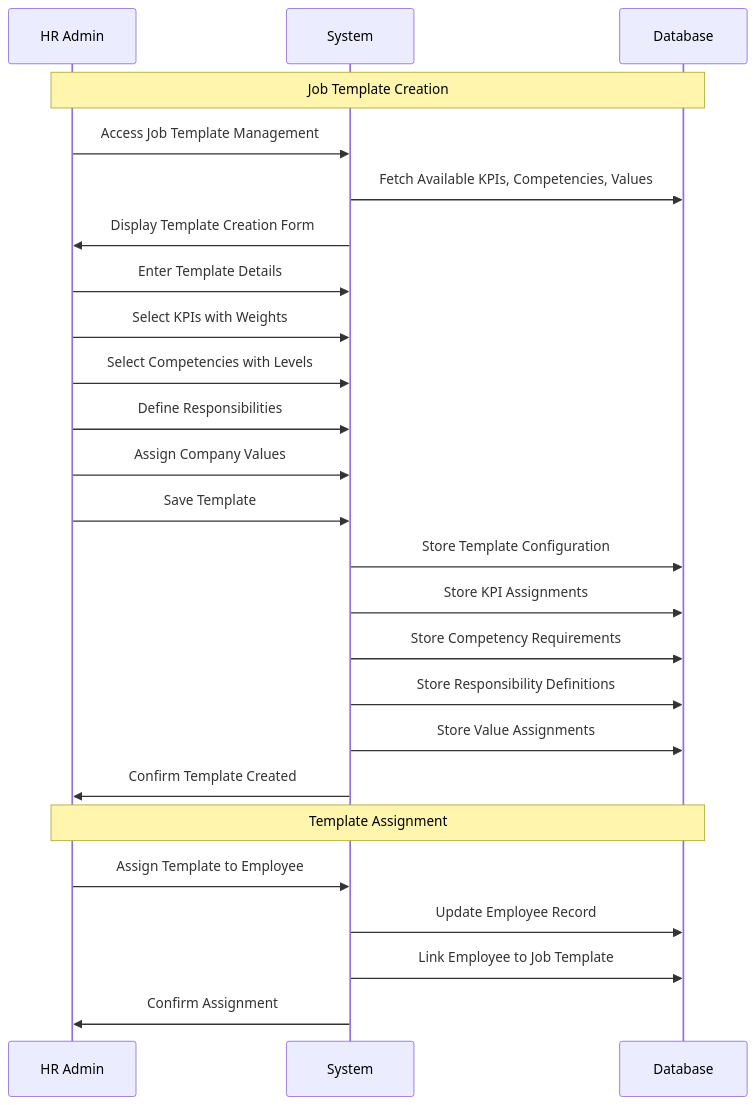
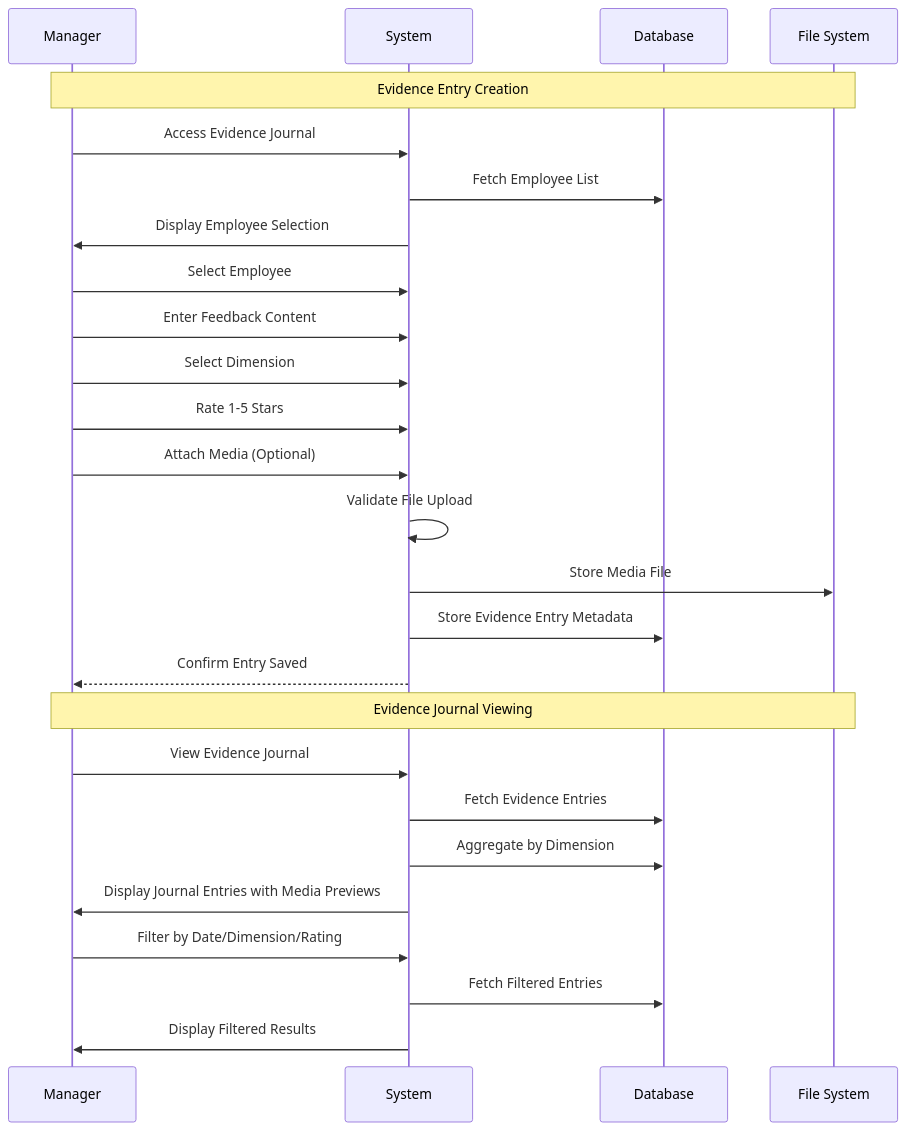
The sixth of 9 diagrams in docs/ARCHITECTURE_DESIGN.md (rascazzione/Universal-Development-HR-Sytem), drawn with Mermaid before and after one commit. The commit also changed other lines of this file and 19 other files, not shown here.

````diff
--- a/docs/ARCHITECTURE_DESIGN.md
+++ b/docs/ARCHITECTURE_DESIGN.md
@@ -443,29 +460,30 @@
 ```mermaid
 sequenceDiagram
-    participant HR as HR Admin
+    participant MGR as Manager
     participant SYS as System
     participant DB as Database
+    participant FS as File System
 
-    Note over HR,DB: Job Template Creation
-    HR->>SYS: Access Job Template Management
-    SYS->>DB: Fetch Available KPIs, Competencies, Values
-    SYS->>HR: Display Template Creation Form
-    HR->>SYS: Enter Template Details
-    HR->>SYS: Select KPIs with Weights
-    HR->>SYS: Select Competencies with Levels
-    HR->>SYS: Define Responsibilities
-    HR->>SYS: Assign Company Values
-    HR->>SYS: Save Template
-    SYS->>DB: Store Template Configuration
-    SYS->>DB: Store KPI Assignments
-    SYS->>DB: Store Competency Requirements
-    SYS->>DB: Store Responsibility Definitions
-    SYS->>DB: Store Value Assignments
-    SYS->>HR: Confirm Template Created
+    Note over MGR,FS: Evidence Entry Creation
+    MGR->>SYS: Access Evidence Journal
+    SYS->>DB: Fetch Employee List
+    SYS->>MGR: Display Employee Selection
+    MGR->>SYS: Select Employee
+    MGR->>SYS: Enter Feedback Content
+    MGR->>SYS: Select Dimension
+    MGR->>SYS: Rate 1-5 Stars
+    MGR->>SYS: Attach Media (Optional)
+    SYS->>SYS: Validate File Upload
+    SYS->>FS: Store Media File
+    SYS->>DB: Store Evidence Entry Metadata
+    SYS-->>MGR: Confirm Entry Saved
 
-    Note over HR,DB: Template Assignment
-    HR->>SYS: Assign Template to Employee
-    SYS->>DB: Update Employee Record
-    SYS->>DB: Link Employee to Job Template
-    SYS->>HR: Confirm Assignment
+    Note over MGR,FS: Evidence Journal Viewing
+    MGR->>SYS: View Evidence Journal
+    SYS->>DB: Fetch Evidence Entries
+    SYS->>DB: Aggregate by Dimension
+    SYS->>MGR: Display Journal Entries with Media Previews
+    MGR->>SYS: Filter by Date/Dimension/Rating
+    SYS->>DB: Fetch Filtered Entries
+    SYS->>MGR: Display Filtered Results
 ```
````
